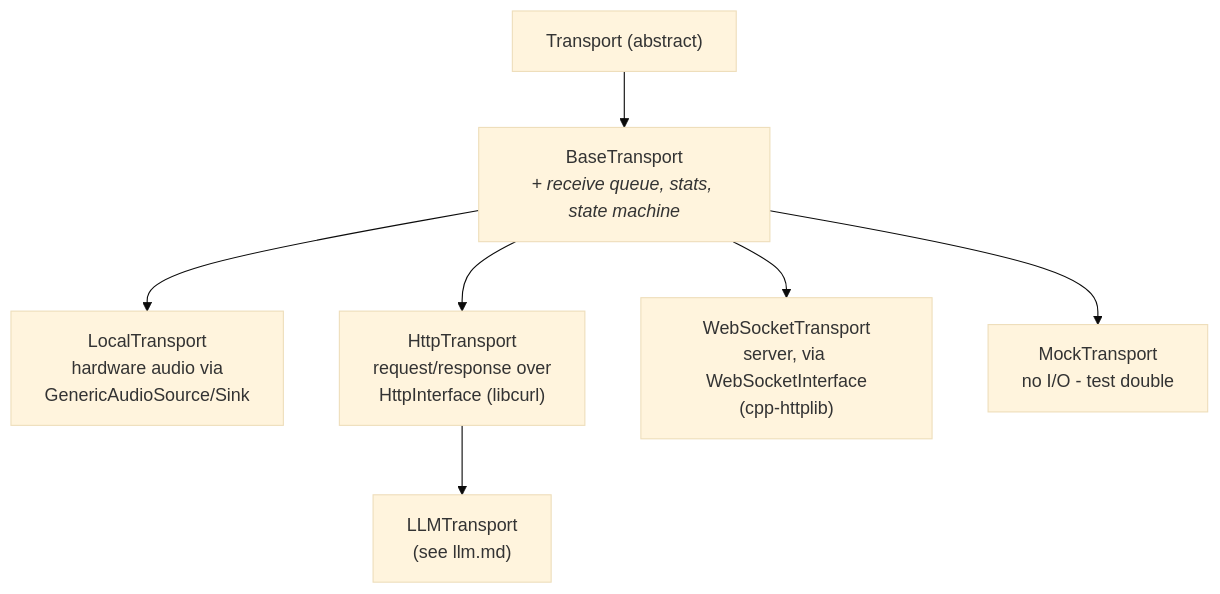
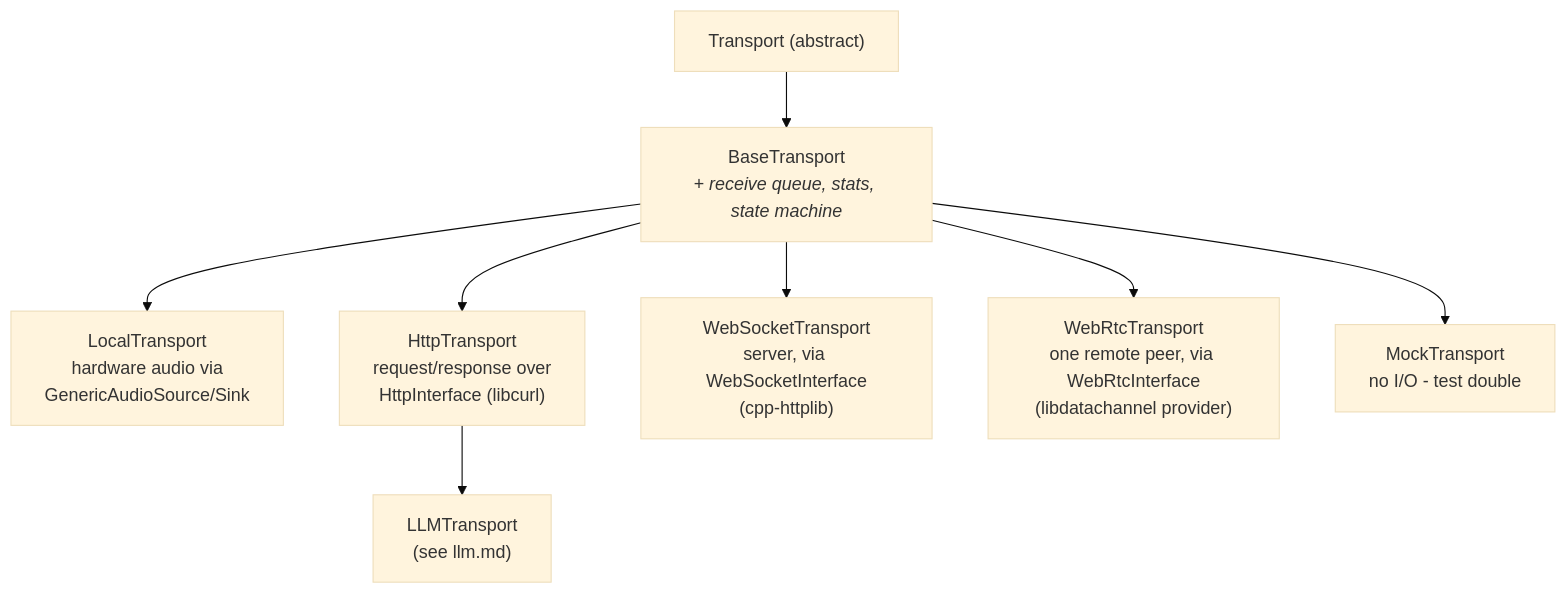
The diagram in docs/reference/transports.md (fatehmtd/VASDK), drawn with Mermaid (base theme) before and after one commit. The commit also changed other lines of this file and 7 other files, not shown here.

First line of the commit message:
feat: Add --webrtc-port to both apps, demo page and WebRTC docs

````diff
--- a/docs/reference/transports.md
+++ b/docs/reference/transports.md
@@ -7,9 +7,10 @@
 ```mermaid
 flowchart TB
     T["Transport (abstract)"] --> BT["BaseTransport<br/><i>+ receive queue, stats, state machine</i>"]
     BT --> LT["LocalTransport<br/>hardware audio via<br/>GenericAudioSource/Sink"]
     BT --> HT["HttpTransport<br/>request/response over<br/>HttpInterface (libcurl)"]
     BT --> WT["WebSocketTransport<br/>server, via WebSocketInterface<br/>(cpp-httplib)"]
+    BT --> RT["WebRtcTransport<br/>one remote peer, via WebRtcInterface<br/>(libdatachannel provider)"]
     BT --> MT["MockTransport<br/>no I/O - test double"]
     HT --> LLMT["LLMTransport<br/>(see llm.md)"]
 ```
````
